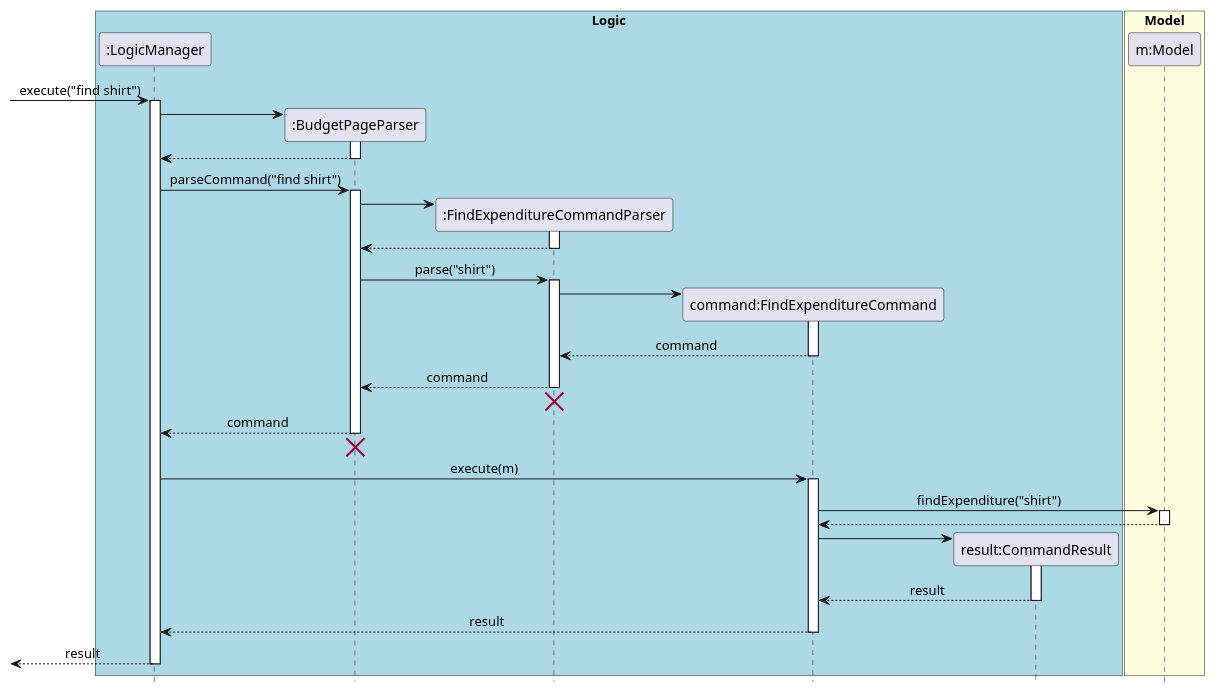
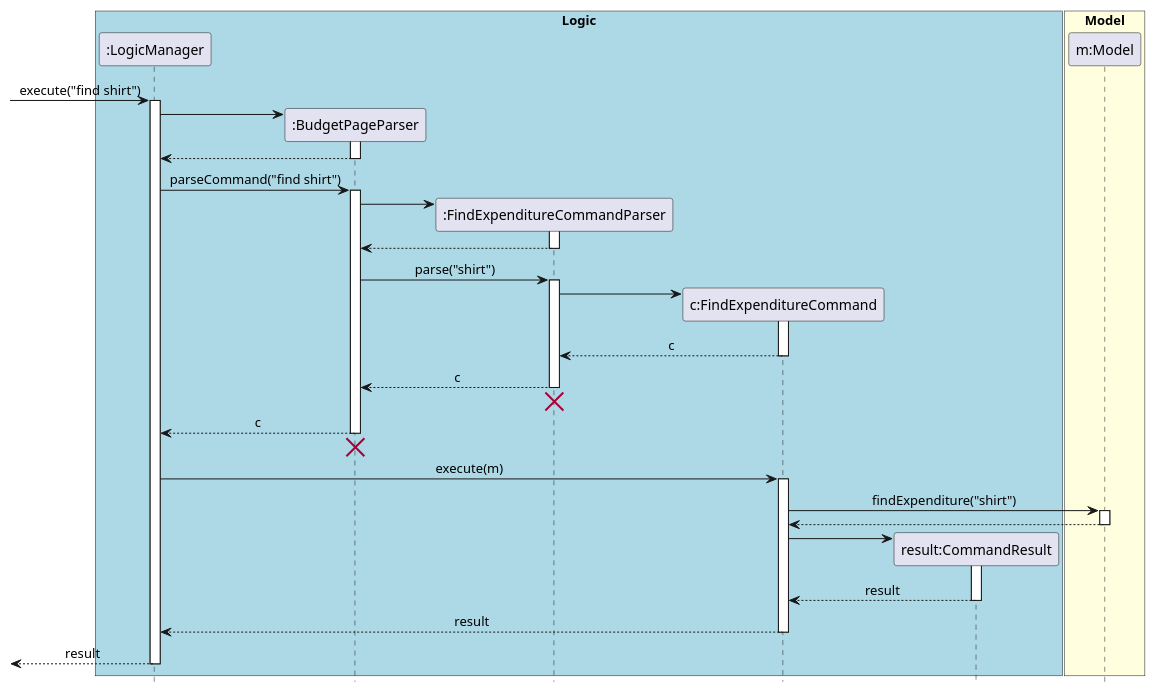
One commit to yu-ming-chen/tp changed the diagram in docs/diagrams/commandsPlantUML/FindExpenditureCommand.puml. Above: the diagram before and after it, drawn with PlantUML. The commit also changed 9 other files, not shown here.

Commit message:
Fix sequence diagrams

```diff
--- a/docs/diagrams/commandsPlantUML/FindExpenditureCommand.puml
+++ b/docs/diagrams/commandsPlantUML/FindExpenditureCommand.puml
@@ -1,75 +1,75 @@
 @startuml
 hide footbox
 skinparam Sequence {
     MessageAlign center
 }
 box "Logic" #LightBlue
 participant ":LogicManager" as LM
 participant ":BudgetPageParser" as BPP
 participant ":FindExpenditureCommandParser" as FECP
-participant "command:FindExpenditureCommand" as FEC
+participant "c:FindExpenditureCommand" as FEC
 participant "result:CommandResult" as CR
 end box
 
 box "Model" #LightYellow
 participant "m:Model" as M
 end box
 
 [-> LM : execute("find shirt")
 activate LM
 
 create BPP
 LM -> BPP
 activate BPP
 LM <-- BPP
 deactivate BPP
 
 LM -> BPP : parseCommand("find shirt")
 activate BPP
 
 create FECP
 BPP -> FECP
 activate FECP
 BPP <-- FECP
 deactivate FECP
 
 BPP -> FECP : parse("shirt")
 activate FECP
 
 create FEC
 FECP -> FEC
 activate FEC
-FECP <-- FEC : command
+FECP <-- FEC : c
 deactivate FEC
 
-BPP <-- FECP : command
+BPP <-- FECP : c
 deactivate FECP
 BPP <-[hidden]- FECP
 destroy FECP
 
 
-LM <-- BPP : command
+LM <-- BPP : c
 deactivate BPP
 LM <-[hidden]- BPP
 destroy BPP
 
 LM -> FEC : execute(m)
 activate FEC
 FEC -> M : findExpenditure("shirt")
 activate M
 FEC <-- M
 deactivate M
 
 create CR
 FEC -> CR
 activate CR
 FEC <-- CR : result
 deactivate CR
 
 LM <-- FEC : result
 deactivate FEC
 
 [<-- LM: result
 deactivate LM
 
 @enduml
```
